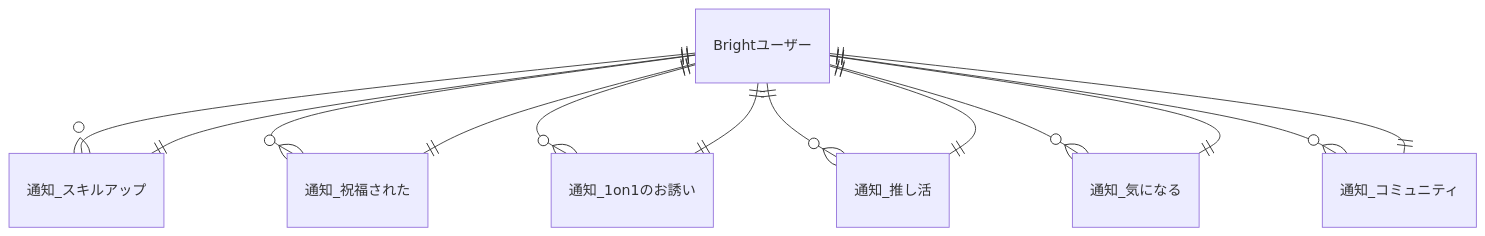
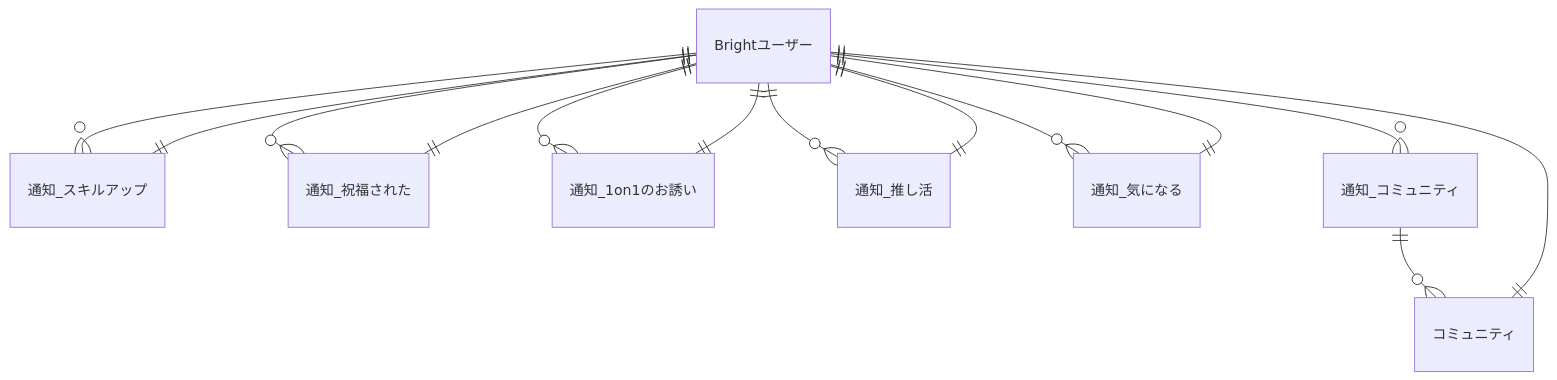
The fourth of 5 diagrams in docs/conceptual_schemas/notifications.md (bright-org/bright), drawn with Mermaid before and after one commit. The commit also changed other lines of this file, not shown here.

````diff
--- a/docs/conceptual_schemas/notifications.md
+++ b/docs/conceptual_schemas/notifications.md
@@ -94,21 +94,23 @@
 ```mermaid
 erDiagram
   "Brightユーザー" ||--o{ "通知_スキルアップ" : ""
   "通知_スキルアップ" ||--|| "Brightユーザー" : ""
 
   "Brightユーザー" ||--o{ "通知_祝福された" : ""
   "通知_祝福された" ||--|| "Brightユーザー" : ""
 
   "Brightユーザー" ||--o{ "通知_1on1のお誘い" : ""
   "通知_1on1のお誘い" ||--|| "Brightユーザー" : ""
 
   "Brightユーザー" ||--o{ "通知_推し活" : ""
   "通知_推し活" ||--|| "Brightユーザー" : ""
 
   "Brightユーザー" ||--o{ "通知_気になる" : ""
   "通知_気になる" ||--|| "Brightユーザー" : ""
 
   "Brightユーザー" ||--o{ "通知_コミュニティ" : ""
-  "通知_コミュニティ" ||--|| "Brightユーザー" : ""
+  "通知_コミュニティ" ||--o{ "コミュニティ" : ""
+
+  "コミュニティ" ||--|| "Brightユーザー" : ""
 
 ```
````
